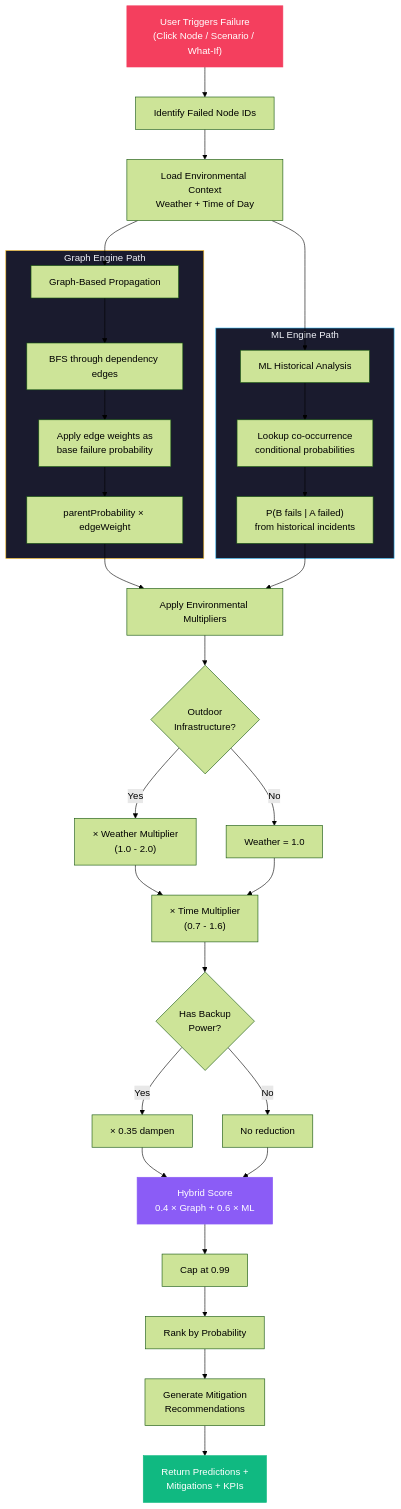
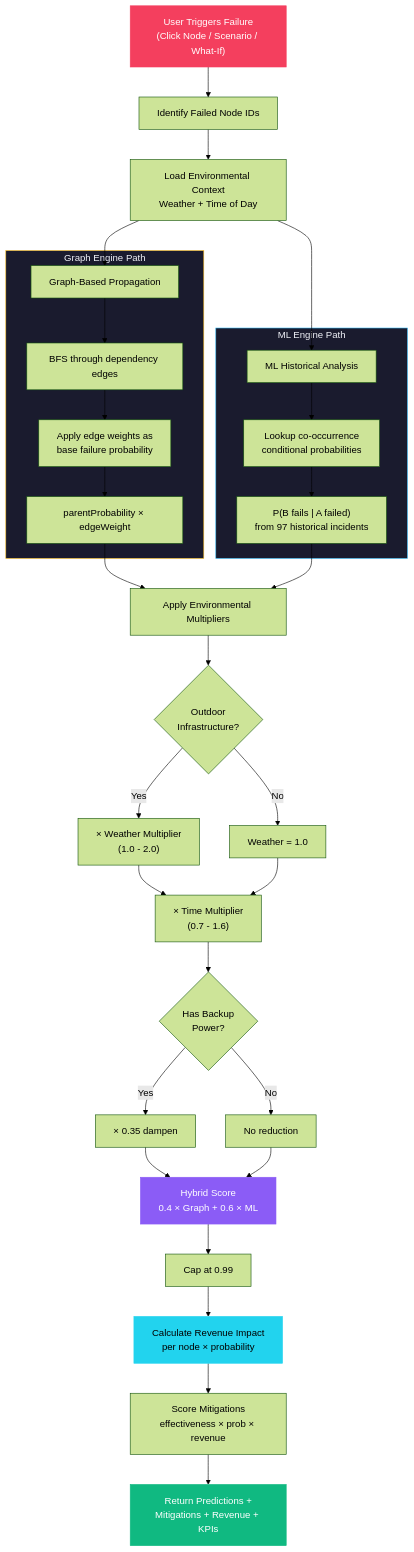
Before and after one commit to Saikiran5604/purple_team_10: the second of 4 diagrams in README.md, drawn with Mermaid (forest theme). The commit also changed other lines of this file, not shown here.

````diff
--- a/README.md
+++ b/README.md
@@ -167,46 +487,47 @@
 ```mermaid
 flowchart TD
     A["User Triggers Failure<br/>(Click Node / Scenario / What-If)"] --> B["Identify Failed Node IDs"]
     B --> C["Load Environmental Context<br/>Weather + Time of Day"]
 
     C --> D["Graph-Based Propagation"]
     C --> E["ML Historical Analysis"]
 
     subgraph GraphPath["Graph Engine Path"]
         D --> D1["BFS through dependency edges"]
         D1 --> D2["Apply edge weights as<br/>base failure probability"]
         D2 --> D3["parentProbability × edgeWeight"]
     end
 
     subgraph MLPath["ML Engine Path"]
         E --> E1["Lookup co-occurrence<br/>conditional probabilities"]
-        E1 --> E2["P(B fails | A failed)<br/>from historical incidents"]
+        E1 --> E2["P(B fails | A failed)<br/>from 97 historical incidents"]
     end
 
     D3 --> F["Apply Environmental Multipliers"]
     E2 --> F
 
     F --> F1{"Outdoor<br/>Infrastructure?"}
     F1 -->|"Yes"| F2["× Weather Multiplier<br/>(1.0 - 2.0)"]
     F1 -->|"No"| F3["Weather = 1.0"]
     F2 --> F4["× Time Multiplier<br/>(0.7 - 1.6)"]
     F3 --> F4
 
     F4 --> G{"Has Backup<br/>Power?"}
     G -->|"Yes"| G1["× 0.35 dampen"]
     G -->|"No"| G2["No reduction"]
 
     G1 --> H["Hybrid Score<br/>0.4 × Graph + 0.6 × ML"]
     G2 --> H
 
     H --> I["Cap at 0.99"]
-    I --> J["Rank by Probability"]
-    J --> K["Generate Mitigation<br/>Recommendations"]
-    K --> L["Return Predictions +<br/>Mitigations + KPIs"]
+    I --> J["Calculate Revenue Impact<br/>per node × probability"]
+    J --> K["Score Mitigations<br/>effectiveness × prob × revenue"]
+    K --> L["Return Predictions +<br/>Mitigations + Revenue + KPIs"]
 
     style A fill:#f43f5e,stroke:#f43f5e,color:#fff
     style H fill:#8b5cf6,stroke:#8b5cf6,color:#fff
+    style J fill:#22d3ee,stroke:#22d3ee,color:#000
     style L fill:#10b981,stroke:#10b981,color:#fff
     style GraphPath fill:#1a1b2e,stroke:#fbbf24,color:#f0f2f8
     style MLPath fill:#1a1b2e,stroke:#38bdf8,color:#f0f2f8
 ```
````
